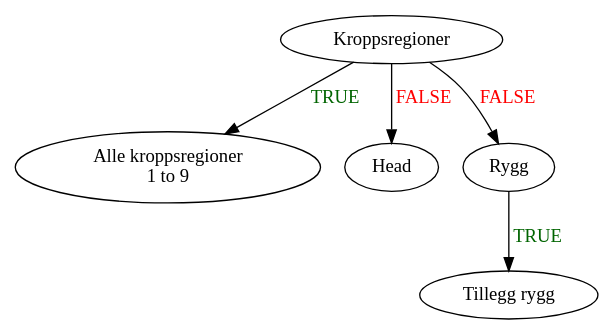
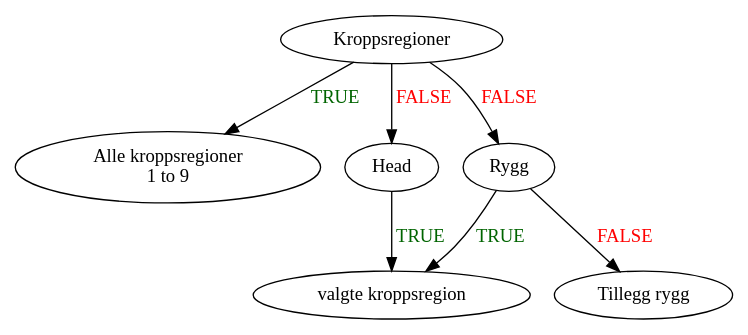
One commit to ybkamaleri/traume changed the diagram in trial/ulykkeModuleDoc.org. Above: the diagram before and after it, drawn with Graphviz. The commit also changed 3 other files, not shown here.

```diff
--- a/trial/ulykkeModuleDoc.org
+++ b/trial/ulykkeModuleDoc.org
@@ -25,16 +25,20 @@
   #+begin_src dot :file ./img/example1.png :cmdline -Kdot -Tpng
     digraph graphname{
 
                     K [label="Kroppsregioner"]      // node K
                     A [label="Alle kroppsregioner \n 1 to 9"] // node A
                     H [label="Head"] // node H
                     R [label="Rygg"] // node R
                     B [label="Tillegg rygg"] // node B
+                    V [label="valgte kroppsregion"] // node V
+
 
                     K->A [label="TRUE", fontcolor=darkgreen] // edge K->A
                     K->H [label="FALSE", fontcolor=red] // edge K->H
+                    H->V [label="TRUE", fontcolor=darkgreen] // edge H->V
                     K->R [label="FALSE", fontcolor=red] // edge K->R
-                    R->B [label="TRUE", fontcolor=darkgreen] //edge R->B
+                    R->V [label="TRUE", fontcolor=darkgreen] //edge R->V
+                    R->B [label="FALSE", fontcolor=red] // edge R->V
 
     }
   #+end_src
```
